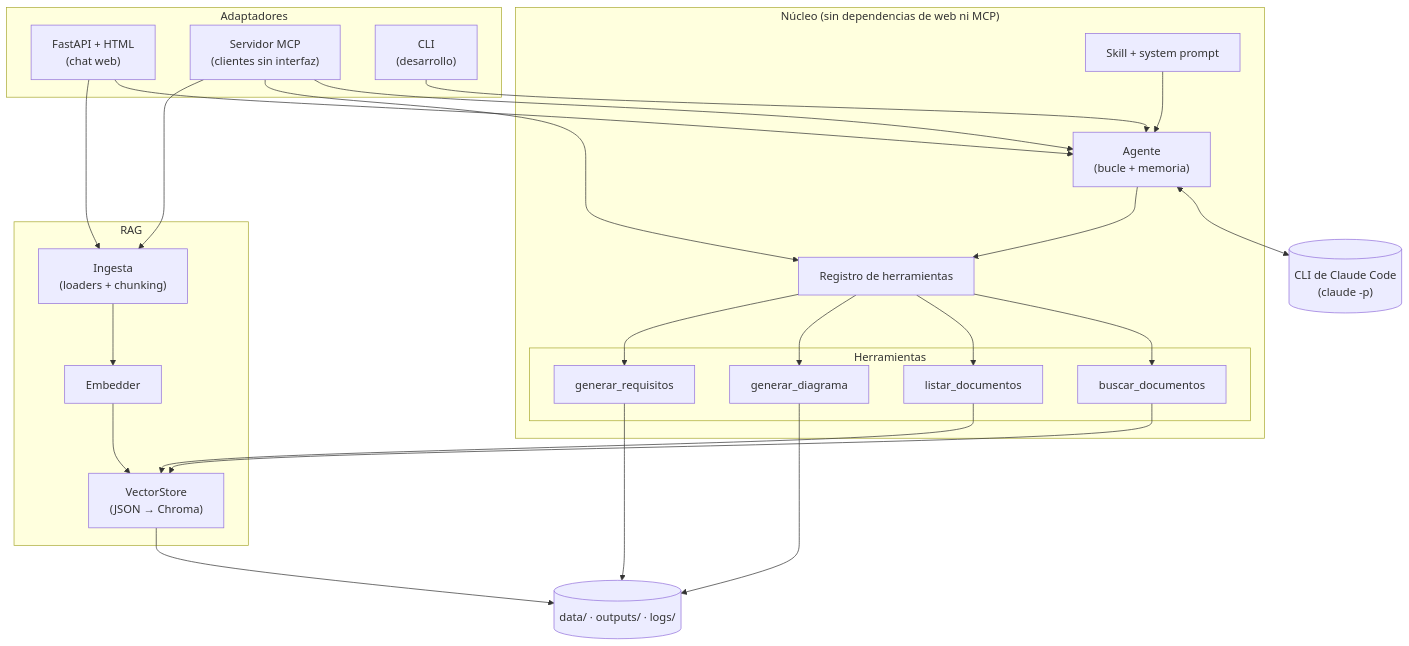
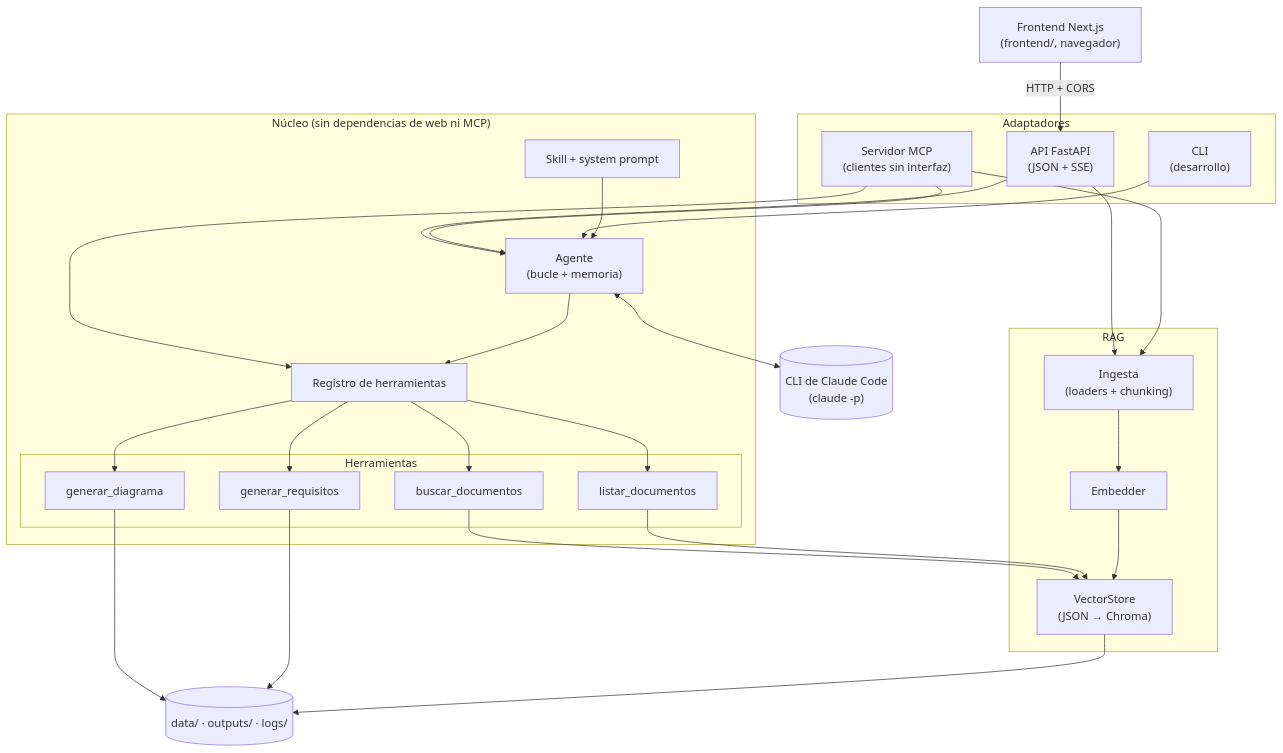
One commit to VictorMA18/AgentDocs changed the first of 4 diagrams in docs/03-arquitectura.md. Above: the diagram before and after it, drawn with Mermaid. The commit also changed other lines of this file and 5 other files, not shown here.

````diff
--- a/docs/03-arquitectura.md
+++ b/docs/03-arquitectura.md
@@ -7,46 +7,48 @@
 ```mermaid
 flowchart TB
+    UI["Frontend Next.js<br/>(frontend/, navegador)"]
     subgraph Adaptadores
-        WEB["FastAPI + HTML<br/>(chat web)"]
+        WEB["API FastAPI<br/>(JSON + SSE)"]
         MCP["Servidor MCP<br/>(clientes sin interfaz)"]
         CLI["CLI<br/>(desarrollo)"]
     end
 
     subgraph Nucleo["Núcleo (sin dependencias de web ni MCP)"]
         AG["Agente<br/>(bucle + memoria)"]
         TR["Registro de herramientas"]
         SK["Skill + system prompt"]
         subgraph Tools["Herramientas"]
             T1["buscar_documentos"]
             T2["listar_documentos"]
             T3["generar_diagrama"]
             T4["generar_requisitos"]
         end
     end
 
     subgraph RAG
         ING["Ingesta<br/>(loaders + chunking)"]
         EMB["Embedder"]
         VS["VectorStore<br/>(JSON → Chroma)"]
     end
 
     LLM[("CLI de Claude Code<br/>(claude -p)")]
     FS[("data/ · outputs/ · logs/")]
 
+    UI -- HTTP + CORS --> WEB
     WEB --> AG
     MCP --> AG
     MCP --> TR
     CLI --> AG
     AG <--> LLM
     AG --> TR
     SK --> AG
     TR --> T1 & T2 & T3 & T4
     T1 --> VS
     T2 --> VS
     ING --> EMB --> VS
     WEB --> ING
     MCP --> ING
     T3 --> FS
     T4 --> FS
     VS --> FS
 ```
````
